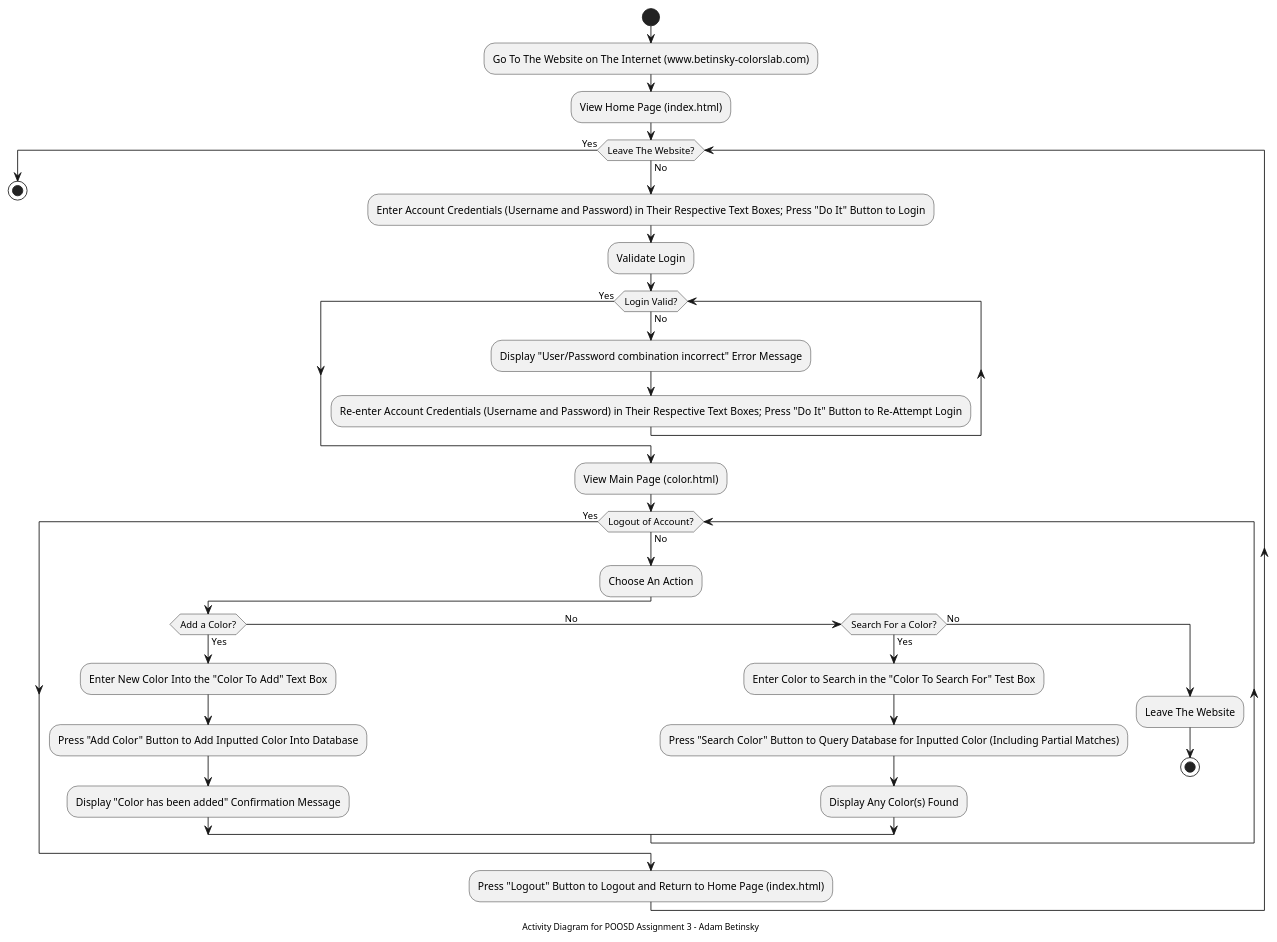
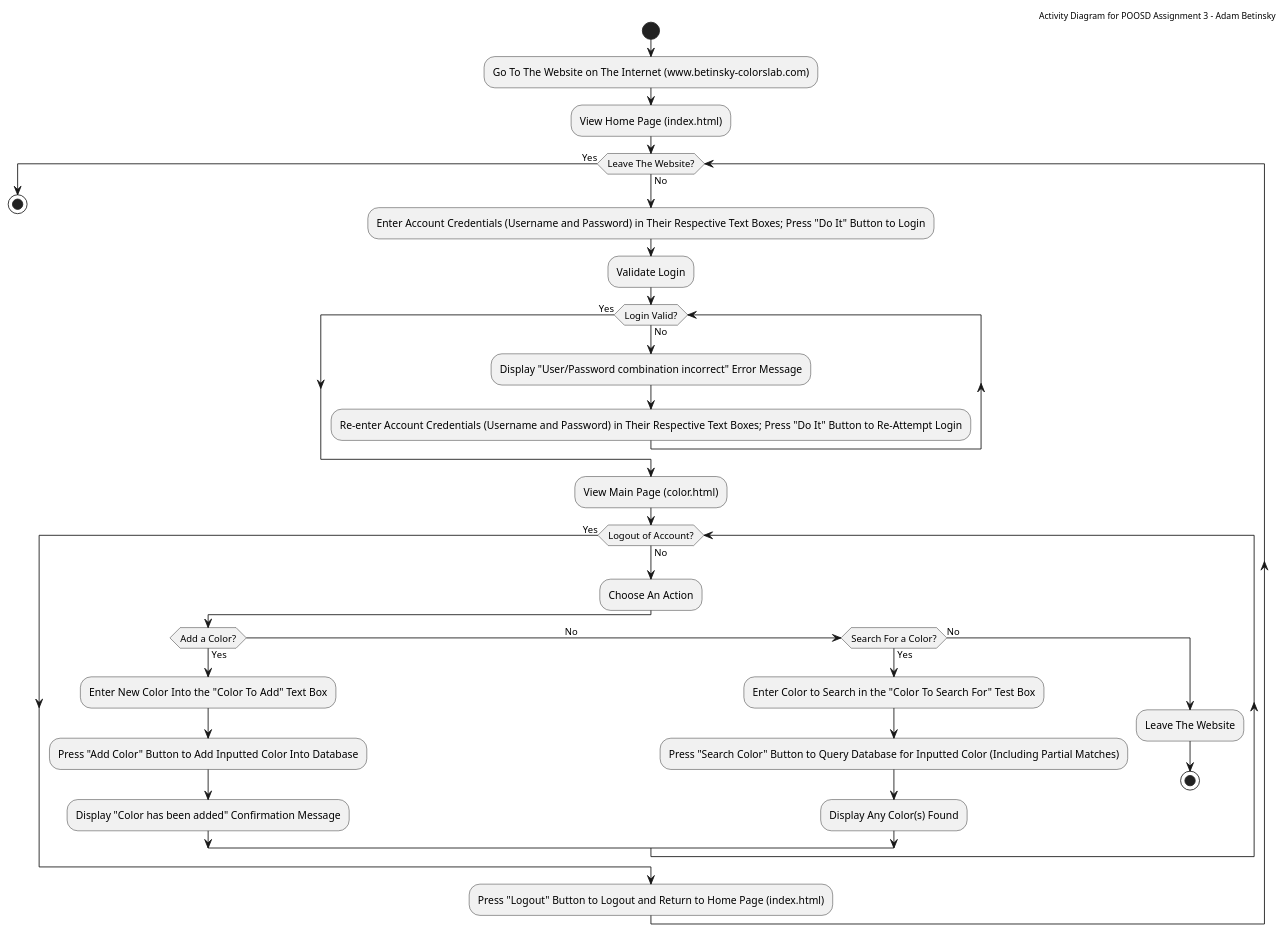
Before and after one commit to ABetinsky/Adam-Betinsky-COLORS-Lab: the diagram in docs/uml/activity.puml, drawn with PlantUML. The commit also changed 5 other files, not shown here.

Commit message:
Changed the footers to headers. Added notes to activity diagram. All finished now

```diff
--- a/docs/uml/activity.puml
+++ b/docs/uml/activity.puml
@@ -5,68 +5,68 @@
 @startuml
+
+' Add header to the diagram
+header Activity Diagram for POOSD Assignment 3 - Adam Betinsky
+skinparam HeaderFontColor black
 
 ' Add start node as the user must want to visit the site
 start
 
 ' Add flow for loading the site
 :Go To The Website on The Internet (www.betinsky-colorslab.com);
 :View Home Page (index.html);
 
 ' While loop for staying active on the website (AKA not being done)
 while (Leave The Website?) is (No)
 
     ' Flow for inital login attempt
     :Enter Account Credentials (Username and Password) in Their Respective Text Boxes; Press "Do It" Button to Login;
     :Validate Login;
 
     ' While loop while attempting to login
     while (Login Valid?) is (No)
 
         ' Flow for bad login and re-attempting
         :Display "User/Password combination incorrect" Error Message;
         :Re-enter Account Credentials (Username and Password) in Their Respective Text Boxes; Press "Do It" Button to Re-Attempt Login;
 
     endwhile (Yes)
 
     ' Flow for when there is a successful login
     :View Main Page (color.html);
 
     ' While loop for staying logged into your account
     while (Logout of Account?) is (No)
 
         ' Flow for staying logged into your account
         :Choose An Action;
 
         ' Flow for adding a color to the database
         if(Add a Color?) then (Yes)
             :Enter New Color Into the "Color To Add" Text Box;
             :Press "Add Color" Button to Add Inputted Color Into Database;
             :Display "Color has been added" Confirmation Message;
 
         ' Flow for searching a color to the database (note there is a bunch of spacing on line 48 so the "No" keyword stays closer to the middle of the link)
         (No                                                                                                           ) elseif (Search For a Color?) then (Yes)
             :Enter Color to Search in the "Color To Search For" Test Box;
             :Press "Search Color" Button to Query Database for Inputted Color (Including Partial Matches);
             :Display Any Color(s) Found;
 
             ' Flow for the else case - the user must want to leave the website while still being logged in. Doing this will log them out behind the scenes, so stop here
         else (No)
             :Leave The Website;
             stop
 
         endif
 
     endwhile (Yes)
 
 :Press "Logout" Button to Logout and Return to Home Page (index.html);
 
 
 endWhile (Yes)
 
 ' The user must want to leave the website, so stop here as well
 stop
 
-' Add footer to the diagram
-footer Activity Diagram for POOSD Assignment 3 - Adam Betinsky
-skinparam footerFontColor black
-
 @enduml
```
